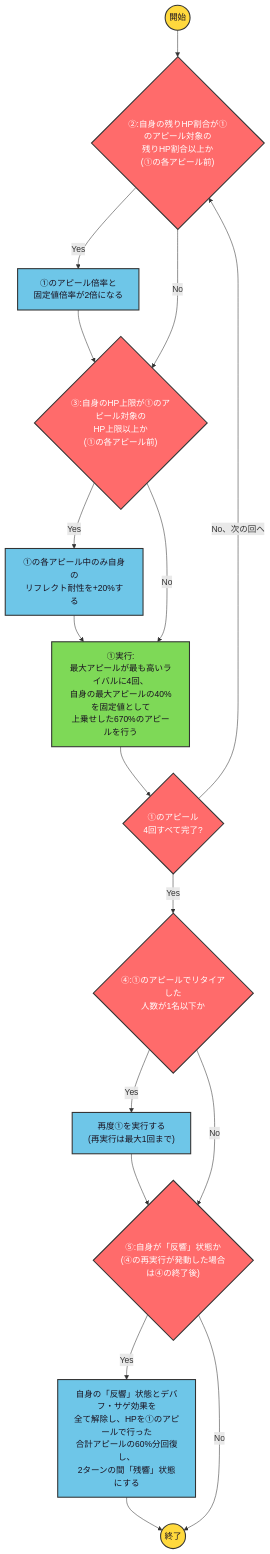
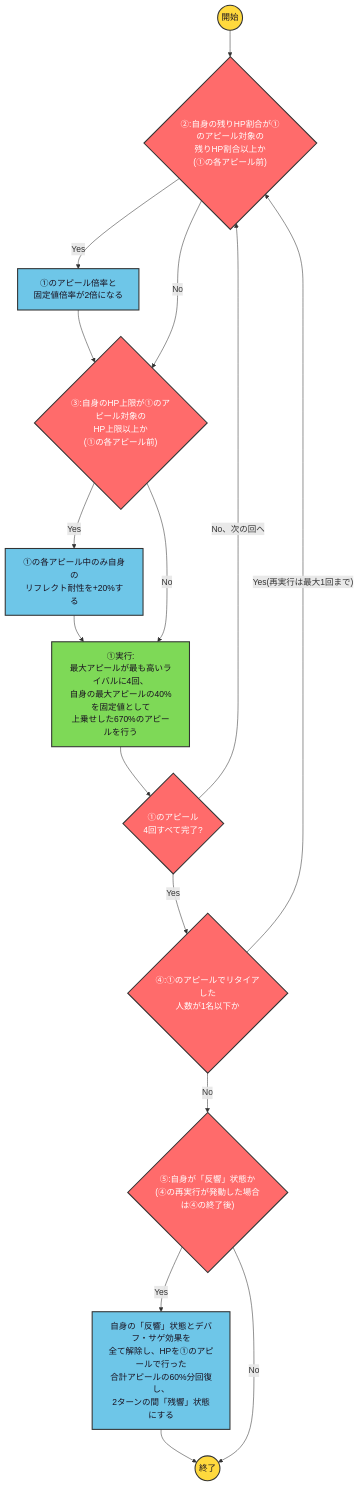
One commit to ryomochi0918/nogifra-characters changed the diagram in data/umezawa_minami/chancehabyodo_skill2.mmd. Above: the diagram before and after it, drawn with Mermaid. The commit also changed 20 other files, not shown here.

```diff
--- a/data/umezawa_minami/chancehabyodo_skill2.mmd
+++ b/data/umezawa_minami/chancehabyodo_skill2.mmd
@@ -1,23 +1,23 @@
 flowchart TD
     classDef startend fill:#FFD93D,stroke:#333,stroke-width:2px,color:#1a1220;
     classDef cond fill:#FF6B6B,stroke:#333,stroke-width:2px,color:#ffffff;
     classDef effect fill:#6EC6E8,stroke:#333,stroke-width:2px,color:#1a1220;
     classDef action fill:#7ED957,stroke:#333,stroke-width:2px,color:#1a1220;
 
     start(("開始")):::startend --> c2
     c2{"②:自身の残りHP割合が①のアピール対象の<br/>残りHP割合以上か<br/>(①の各アピール前)"}:::cond
     c2 -->|"Yes"| e2["①のアピール倍率と<br/>固定値倍率が2倍になる"]:::effect --> c3
     c2 -->|"No"| c3
     c3{"③:自身のHP上限が①のアピール対象の<br/>HP上限以上か<br/>(①の各アピール前)"}:::cond
     c3 -->|"Yes"| e3["①の各アピール中のみ自身の<br/>リフレクト耐性を+20%する"]:::effect --> a1
     c3 -->|"No"| a1
     a1["①実行:<br/>最大アピールが最も高いライバルに4回、<br/>自身の最大アピールの40%を固定値として<br/>上乗せした670%のアピールを行う"]:::action --> lc1
     lc1{"①のアピール<br/>4回すべて完了?"}:::cond
     lc1 -->|"No、次の回へ"| c2
     lc1 -->|"Yes"| c4
     c4{"④:①のアピールでリタイアした<br/>人数が1名以下か"}:::cond
-    c4 -->|"Yes"| e4["再度①を実行する<br/>(再実行は最大1回まで)"]:::effect --> c5
+    c4 -->|"Yes(再実行は最大1回まで)"| c2
     c4 -->|"No"| c5
     c5{"⑤:自身が「反響」状態か<br/>(④の再実行が発動した場合は④の終了後)"}:::cond
     c5 -->|"Yes"| e5["自身の「反響」状態とデバフ・サゲ効果を<br/>全て解除し、HPを①のアピールで行った<br/>合計アピールの60%分回復し、<br/>2ターンの間「残響」状態にする"]:::effect --> finish(("終了")):::startend
     c5 -->|"No"| finish
```
